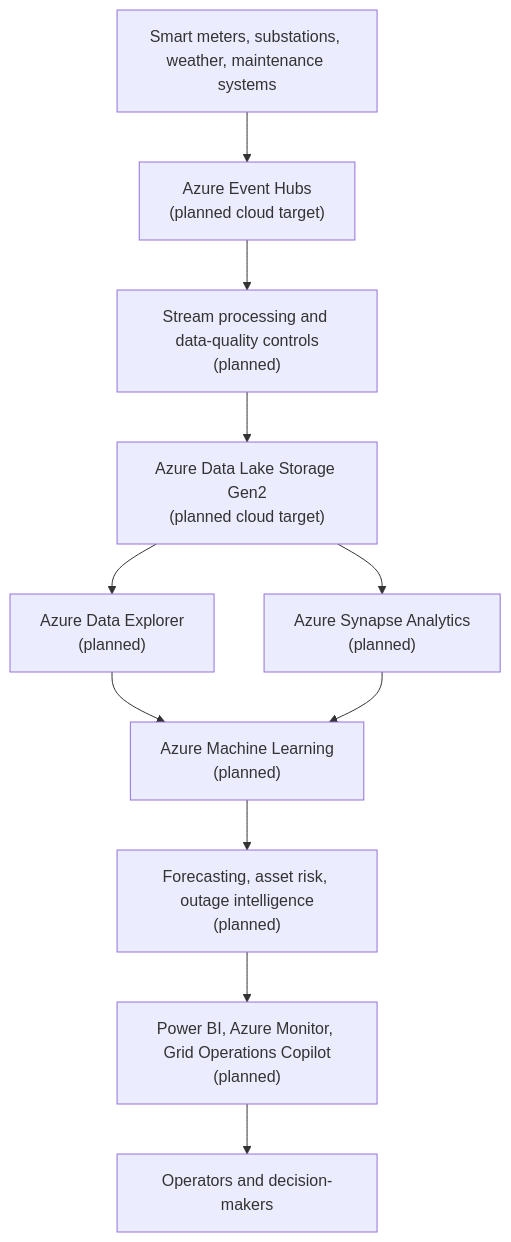
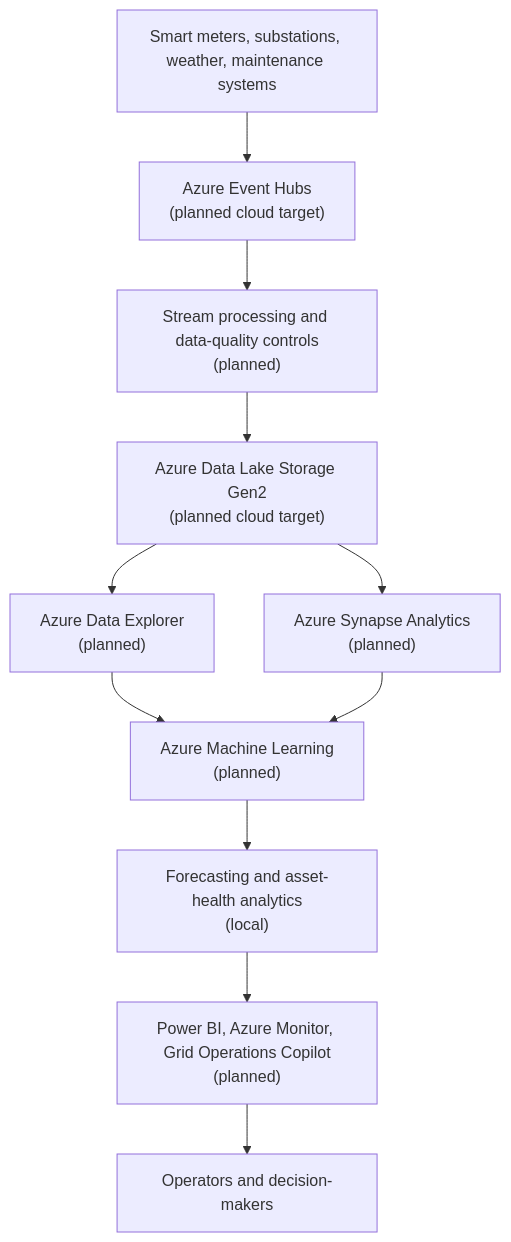
One commit to Ibraheemolasupogit/azure-grid-reliability-intelligence-platform changed the diagram in diagrams/high-level-platform-architecture.mmd. Above: the diagram before and after it, drawn with Mermaid. The commit also changed other lines of this file and 28 other files, not shown here.

Commit message:
Add explainable asset health analytics

```diff
--- a/diagrams/high-level-platform-architecture.mmd
+++ b/diagrams/high-level-platform-architecture.mmd
@@ -1,18 +1,18 @@
 flowchart TD
     sources["Smart meters, substations, weather, maintenance systems"]
     event_hubs["Azure Event Hubs<br/>(planned cloud target)"]
     stream["Stream processing and data-quality controls<br/>(planned)"]
     lake["Azure Data Lake Storage Gen2<br/>(planned cloud target)"]
     adx["Azure Data Explorer<br/>(planned)"]
     synapse["Azure Synapse Analytics<br/>(planned)"]
     aml["Azure Machine Learning<br/>(planned)"]
-    intelligence["Forecasting, asset risk, outage intelligence<br/>(planned)"]
+    intelligence["Forecasting and asset-health analytics<br/>(local)"]
     operations["Power BI, Azure Monitor, Grid Operations Copilot<br/>(planned)"]
     users["Operators and decision-makers"]
 
     sources --> event_hubs --> stream --> lake
     lake --> adx
     lake --> synapse
     adx --> aml
     synapse --> aml
     aml --> intelligence --> operations --> users
```
